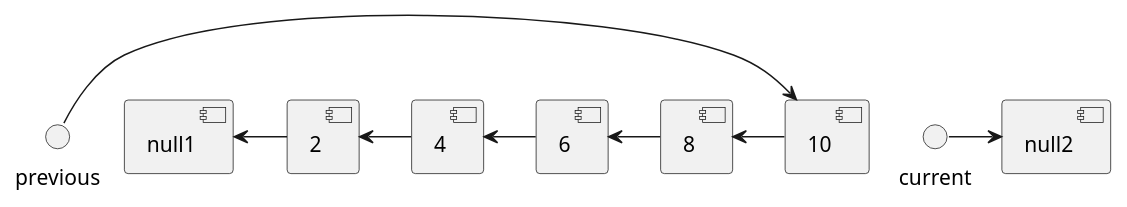
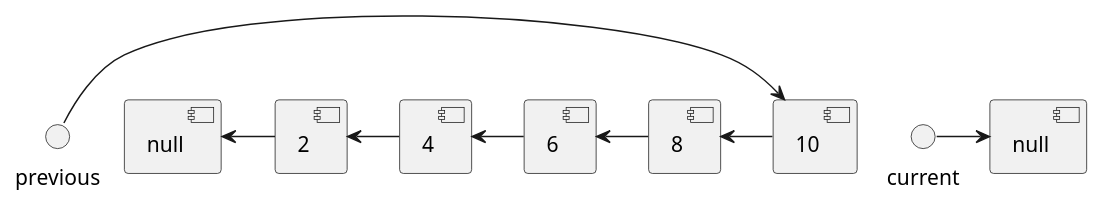
Before and after one commit to computer-science-engineering/learning-computer-science: the sixth of 7 diagrams in src/EducativeIo/GrokkingTheCodingInterview/Ch07_InPlaceReversalOfALinkedList/P1_ReverseALinkedList/readme.md, drawn with PlantUML. The commit also changed other lines of this file, not shown here.

````diff
--- a/src/EducativeIo/GrokkingTheCodingInterview/Ch07_InPlaceReversalOfALinkedList/P1_ReverseALinkedList/readme.md
+++ b/src/EducativeIo/GrokkingTheCodingInterview/Ch07_InPlaceReversalOfALinkedList/P1_ReverseALinkedList/readme.md
@@ -77,11 +101,17 @@
 ```plantuml
 @startuml
+component null1 [
+    null
+    ]
+component null2 [
+    null
+    ]
 previous -> [10]
 [null1] <- [2]
 [2] <- [4]
 [4] <- [6]
 [6] <- [8]
 [8] <- [10]
 current -> [null2]
 @enduml
 ```
````
